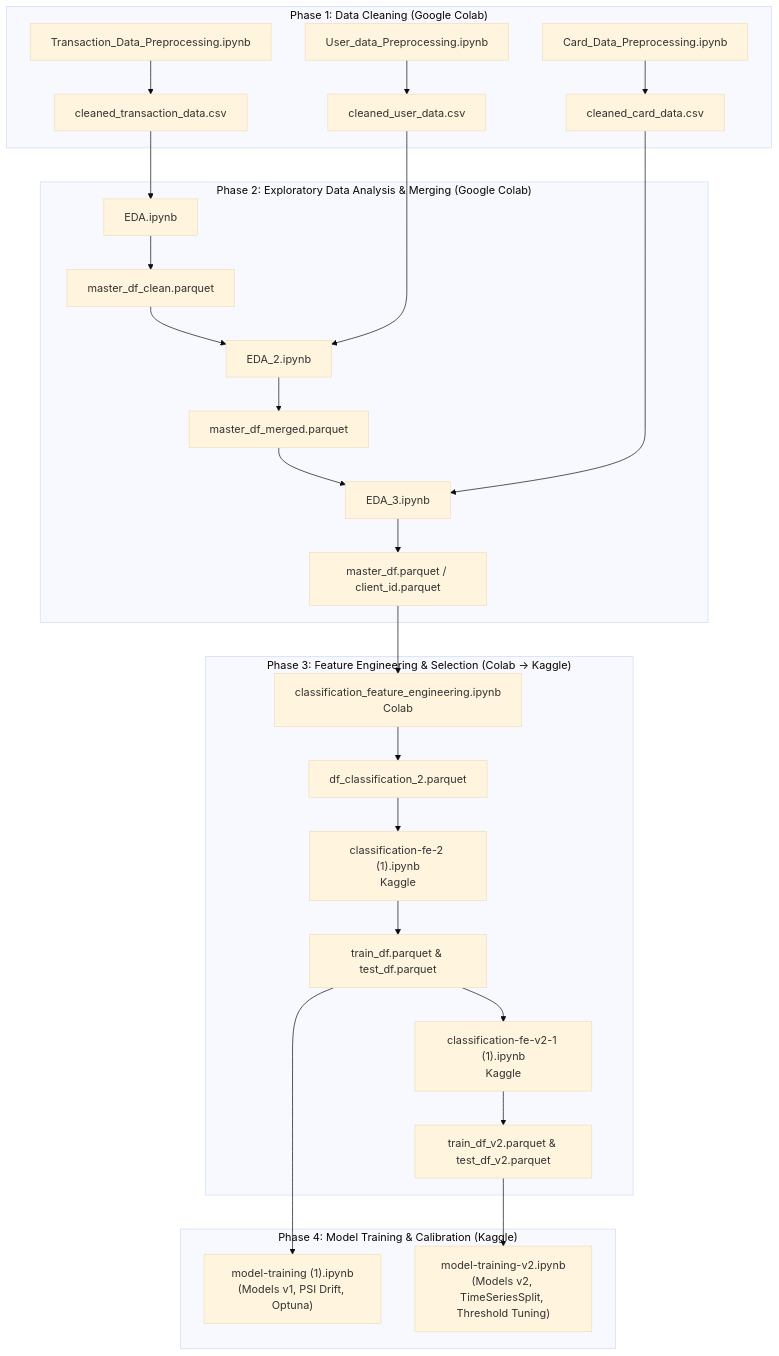
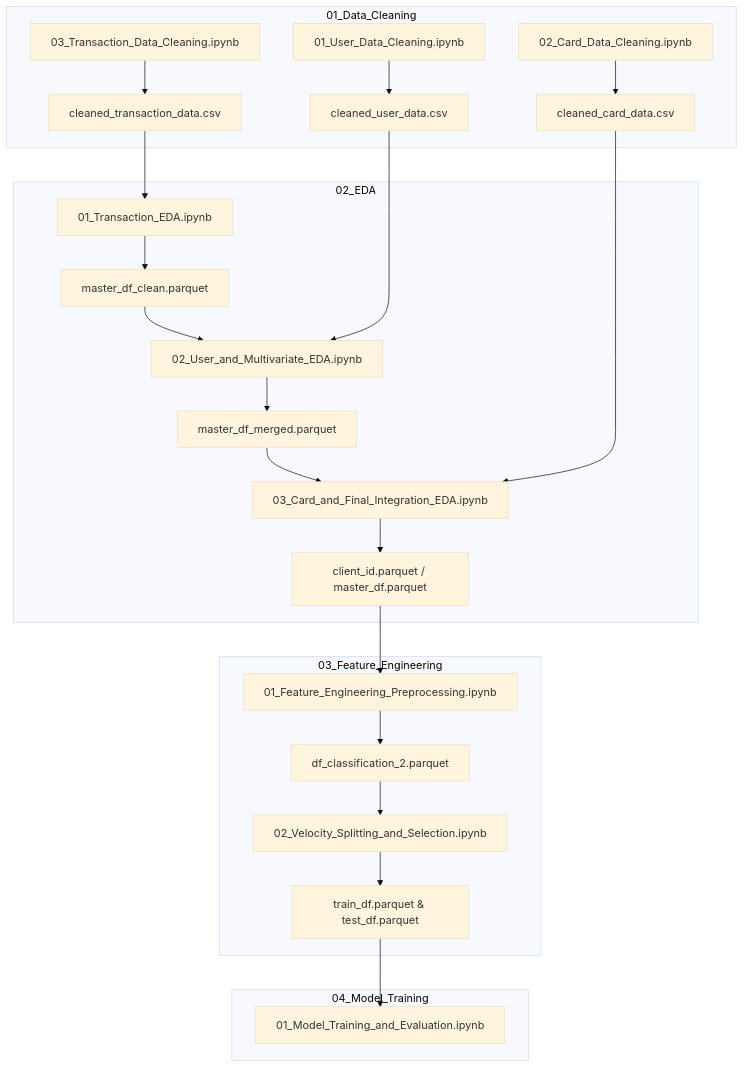
The diagram in README.md (ShlokBagwe/FinGuard), drawn with Mermaid (base theme) before and after one commit. The commit also changed other lines of this file, not shown here.

````diff
--- a/README.md
+++ b/README.md
@@ -46,31 +43,28 @@
 ```mermaid
 flowchart TD
-    subgraph Phase1["Phase 1: Data Cleaning (Google Colab)"]
-        A1[User_data_Preprocessing.ipynb] --> U_OUT[cleaned_user_data.csv]
-        A2[Card_Data_Preprocessing.ipynb] --> C_OUT[cleaned_card_data.csv]
-        A3[Transaction_Data_Preprocessing.ipynb] --> T_OUT[cleaned_transaction_data.csv]
+    subgraph M1["01_Data_Cleaning"]
+        D1["01_User_Data_Cleaning.ipynb"] --> U_OUT["cleaned_user_data.csv"]
+        D2["02_Card_Data_Cleaning.ipynb"] --> C_OUT["cleaned_card_data.csv"]
+        D3["03_Transaction_Data_Cleaning.ipynb"] --> T_OUT["cleaned_transaction_data.csv"]
     end
 
-    subgraph Phase2["Phase 2: Exploratory Data Analysis & Merging (Google Colab)"]
-        T_OUT --> E1[EDA.ipynb]
-        E1 --> M1[master_df_clean.parquet]
-        M1 & U_OUT --> E2[EDA_2.ipynb]
-        E2 --> M2[master_df_merged.parquet]
-        M2 & C_OUT --> E3[EDA_3.ipynb]
-        E3 --> M3[master_df.parquet / client_id.parquet]
+    subgraph M2["02_EDA"]
+        T_OUT --> E1["01_Transaction_EDA.ipynb"]
+        E1 --> M_CLEAN["master_df_clean.parquet"]
+        M_CLEAN & U_OUT --> E2["02_User_and_Multivariate_EDA.ipynb"]
+        E2 --> M_MERGED["master_df_merged.parquet"]
+        M_MERGED & C_OUT --> E3["03_Card_and_Final_Integration_EDA.ipynb"]
+        E3 --> M_FINAL["client_id.parquet / master_df.parquet"]
     end
 
-    subgraph Phase3["Phase 3: Feature Engineering & Selection (Colab -> Kaggle)"]
-        M3 --> F1[classification_feature_engineering.ipynb<br/>Colab]
-        F1 --> F1_OUT[df_classification_2.parquet]
-        F1_OUT --> F2["classification-fe-2 (1).ipynb<br/>Kaggle"]
-        F2 --> F2_OUT[train_df.parquet & test_df.parquet]
-        F2_OUT --> F3["classification-fe-v2-1 (1).ipynb<br/>Kaggle"]
-        F3 --> F3_OUT[train_df_v2.parquet & test_df_v2.parquet]
+    subgraph M3["03_Feature_Engineering"]
+        M_FINAL --> F1["01_Feature_Engineering_Preprocessing.ipynb"]
+        F1 --> F_CLASS["df_classification_2.parquet"]
+        F_CLASS --> F2["02_Velocity_Splitting_and_Selection.ipynb"]
+        F2 --> SPLITS["train_df.parquet & test_df.parquet"]
     end
 
-    subgraph Phase4["Phase 4: Model Training & Calibration (Kaggle)"]
-        F2_OUT --> MTR1["model-training (1).ipynb<br/>(Models v1, PSI Drift, Optuna)"]
-        F3_OUT --> MTR2["model-training-v2.ipynb<br/>(Models v2, TimeSeriesSplit, Threshold Tuning)"]
+    subgraph M4["04_Model_Training"]
+        SPLITS --> TR1["01_Model_Training_and_Evaluation.ipynb"]
     end
 ```
````
